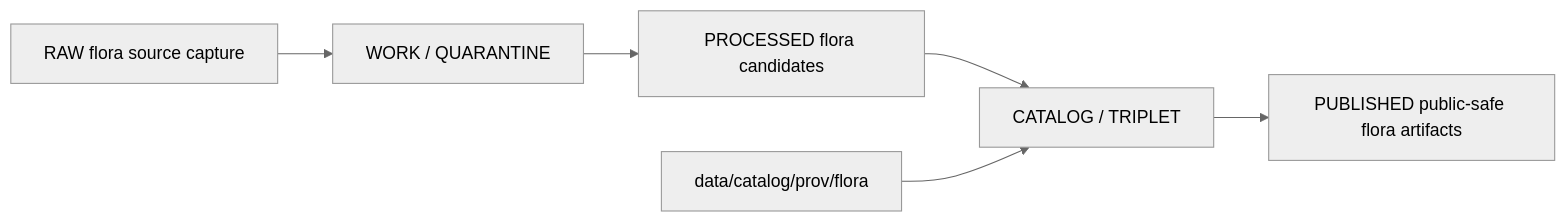
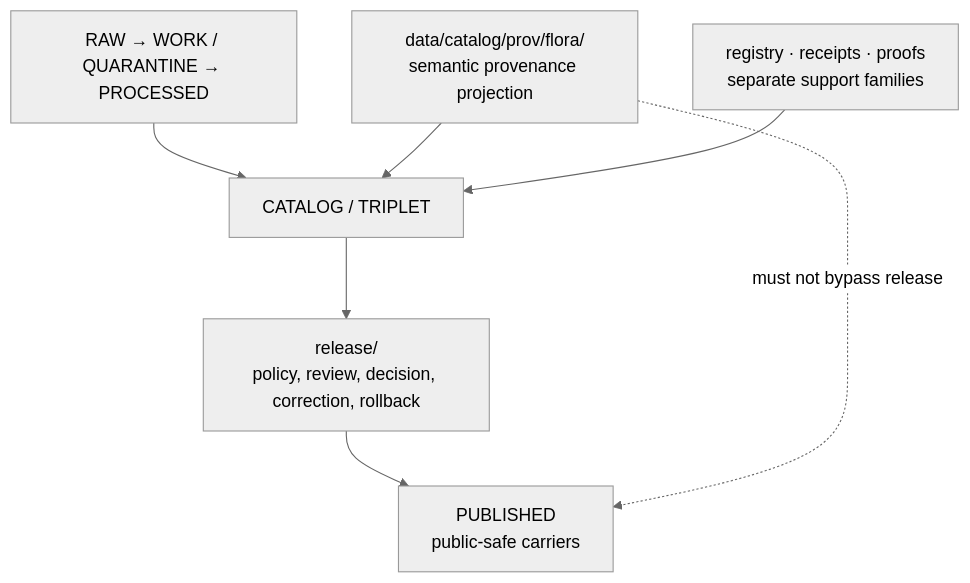
The diagram in data/catalog/prov/flora/README.md (bartytime4life/Kansas-Frontier-Matrix), drawn with Mermaid (neutral theme) before and after one commit. The commit also changed other lines of this file, not shown here.

Commit message:
docs: modernize Flora PROV catalog README

````diff
--- a/data/catalog/prov/flora/README.md
+++ b/data/catalog/prov/flora/README.md
@@ -78,8 +319,9 @@
 ```mermaid
-flowchart LR
-  RAW[RAW flora source capture] --> WORK[WORK / QUARANTINE]
-  WORK --> PROCESSED[PROCESSED flora candidates]
-  PROCESSED --> CATALOG[CATALOG / TRIPLET]
-  CATALOG --> PUBLISHED[PUBLISHED public-safe flora artifacts]
-  PROVFLORA[data/catalog/prov/flora] --> CATALOG
+flowchart TD
+    PRE["RAW → WORK / QUARANTINE → PROCESSED"] --> CAT["CATALOG / TRIPLET"]
+    PROV["data/catalog/prov/flora/<br/>semantic provenance projection"] --> CAT
+    SUPPORT["registry · receipts · proofs<br/>separate support families"] --> CAT
+    CAT --> RELEASE["release/<br/>policy, review, decision, correction, rollback"]
+    RELEASE --> PUBLIC["PUBLISHED<br/>public-safe carriers"]
+    PROV -. "must not bypass release" .-> PUBLIC
 ```
````
